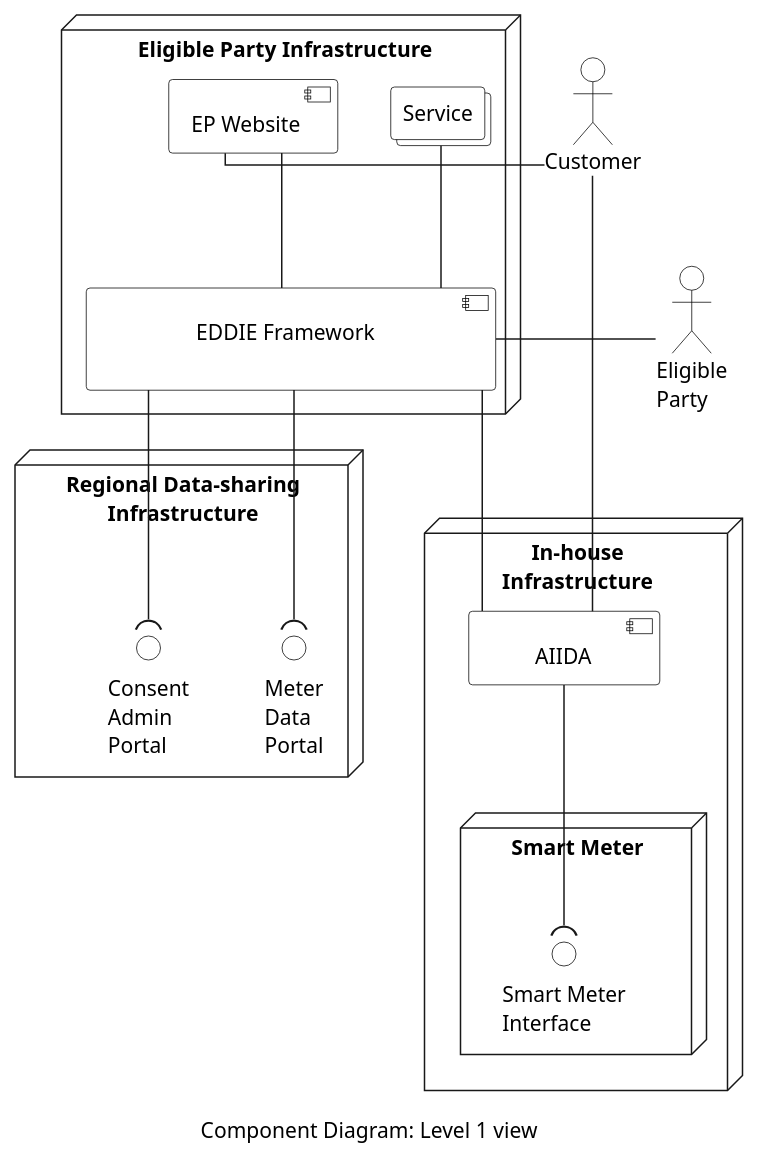
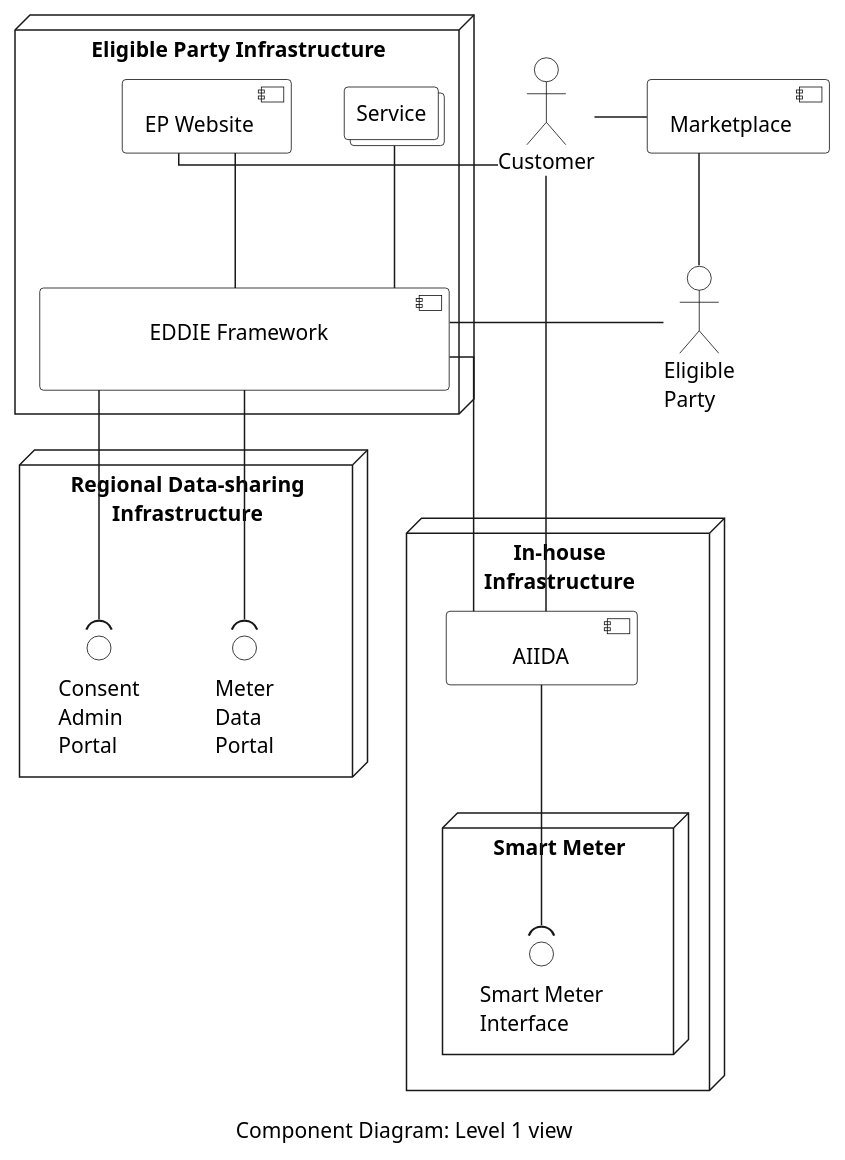
Before and after one commit to eddie-energy/architecture: the diagram in arc42/05-building-block-view/figures/component-diagram-level-1.puml, drawn with PlantUML. The commit also changed 58 other files, not shown here.

Commit message:
minor updates, typos, figure naming etc

```diff
--- a/arc42/05-building-block-view/figures/component-diagram-level-1.puml
+++ b/arc42/05-building-block-view/figures/component-diagram-level-1.puml
@@ -1,68 +1,73 @@
 @startuml component-diagram-level-1
 'component diagram
 caption Component Diagram: Level 1 view
 
 skinparam linetype ortho
 skinparam interface {
   backgroundColor transparent
   borderColor black
 }
 skinparam component{
   BorderColor black
   BackgroundColor transparent
 }
 skinparam actor{
   BorderColor black
   BackgroundColor transparent
 }
 skinparam database{
   BorderColor black
   BackgroundColor transparent
 }
 skinparam rectangle{
   BorderColor transparent
   BackgroundColor transparent
   FontColor transparent
 }
 skinparam collections{
   BorderColor black
   BackgroundColor white
 }
 
 
 
 node "Eligible Party Infrastructure"  as epInfra{
   component "\t\tEDDIE Framework\t\t\n" as eddie
   component "EP Website" as ui
   collections "Service" as service
 
   ui -down- eddie
   ui -[hidden]right- service
   service -down- eddie
 }
 
 node "In-house\nInfrastructure" {
   component "\tAIIDA\t" as aiida
   node "Smart Meter" as meter {
       interface "Smart Meter\nInterface" as p1
   }
   aiida -down-( p1 
 }
 
 node "Regional Data-sharing\nInfrastructure" as energyProvider {
   interface "Meter\nData\nPortal" as dataPortal
   interface "Consent\nAdmin\nPortal" as adminPortal
 }
 
 actor "Customer" as consumer
 actor "Eligible\nParty" as ep
 
+component "Marketplace" as marketplace
+
 ep -left- eddie
 consumer -left- ui
 consumer -down- aiida
 
 eddie -down-( adminPortal
 eddie -down-( dataPortal
 eddie -down- aiida
 
+consumer -right- marketplace
+marketplace -down- ep
+
 @enduml
```
